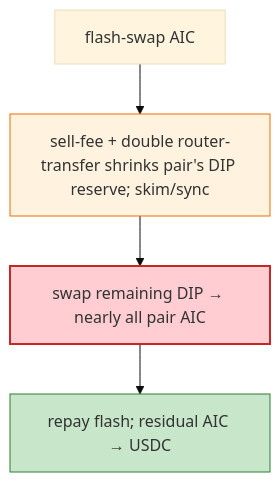
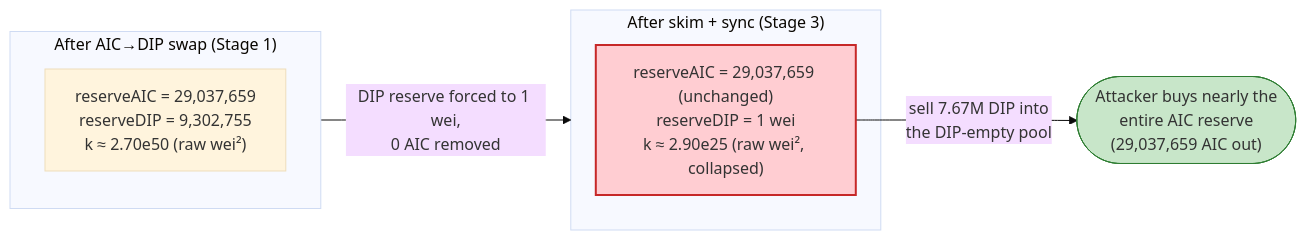
Before and after one commit to sanbir/evm-hack-registry: the fourth of 4 diagrams in 2026-06-DIP_exp/DIP_exp.md, drawn with Mermaid (base theme). The commit also changed other lines of this file and 32 other files, not shown here.

````diff
--- a/2026-06-DIP_exp/DIP_exp.md
+++ b/2026-06-DIP_exp/DIP_exp.md
@@ -37,10 +376,14 @@
 ```mermaid
-flowchart TD
-    FL["flash-swap AIC"] --> SS["sell-fee + double router-transfer shrinks pair's DIP reserve; skim/sync"]
-    SS --> SW["swap remaining DIP → nearly all pair AIC"]
-    SW --> RP["repay flash; residual AIC → USDC"]
+flowchart LR
+    subgraph Before["After AIC→DIP swap (Stage 1)"]
+        B["reserveAIC = 29,037,659<br/>reserveDIP = 9,302,755<br/>k ≈ 2.70e50 (raw wei²)"]
+    end
+    subgraph After["After skim + sync (Stage 3)"]
+        Aa["reserveAIC = 29,037,659 (unchanged)<br/>reserveDIP = 1 wei<br/>k ≈ 2.90e25 (raw wei², collapsed)"]
+    end
+    Before -->|"DIP reserve forced to 1 wei,<br/>0 AIC removed"| After
+    Aa -->|"sell 7.67M DIP into<br/>the DIP-empty pool"| Drain(["Attacker buys nearly the<br/>entire AIC reserve<br/>(29,037,659 AIC out)"])
 
-    style SS fill:#fff3e0,stroke:#ef6c00
-    style SW fill:#ffcdd2,stroke:#c62828,stroke-width:2px
-    style RP fill:#c8e6c9,stroke:#2e7d32
+    style Aa fill:#ffcdd2,stroke:#c62828,stroke-width:2px
+    style Drain fill:#c8e6c9,stroke:#2e7d32
 ```
````
